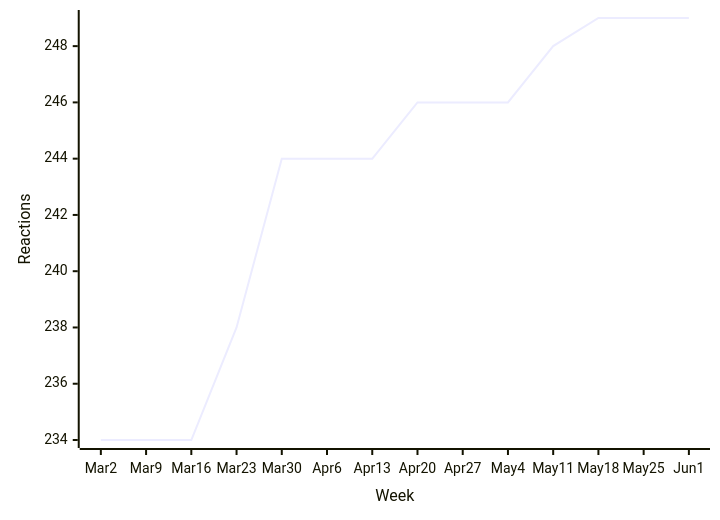
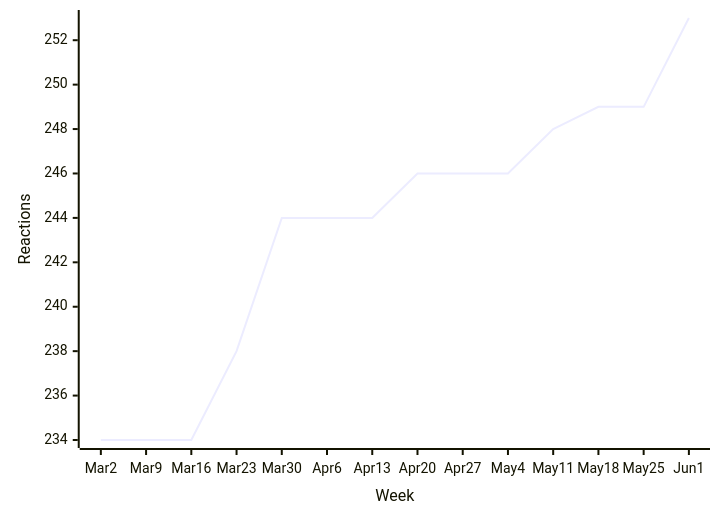
Before and after one commit to loic-sharma/github-insights: the eighth of 48 diagrams in README.md, drawn with Mermaid. The commit also changed other lines of this file and 2 other files, not shown here.

````diff
--- a/README.md
+++ b/README.md
@@ -458,6 +458,6 @@
   ```mermaid
   xychart-beta
     x-axis "Week" [Mar 2, Mar 9, Mar 16, Mar 23, Mar 30, Apr 6, Apr 13, Apr 20, Apr 27, May 4, May 11, May 18, May 25, Jun 1]
     y-axis "Reactions"
-    line [234, 234, 234, 238, 244, 244, 244, 246, 246, 246, 248, 249, 249, 249]
+    line [234, 234, 234, 238, 244, 244, 244, 246, 246, 246, 248, 249, 249, 253]
   ```
````
